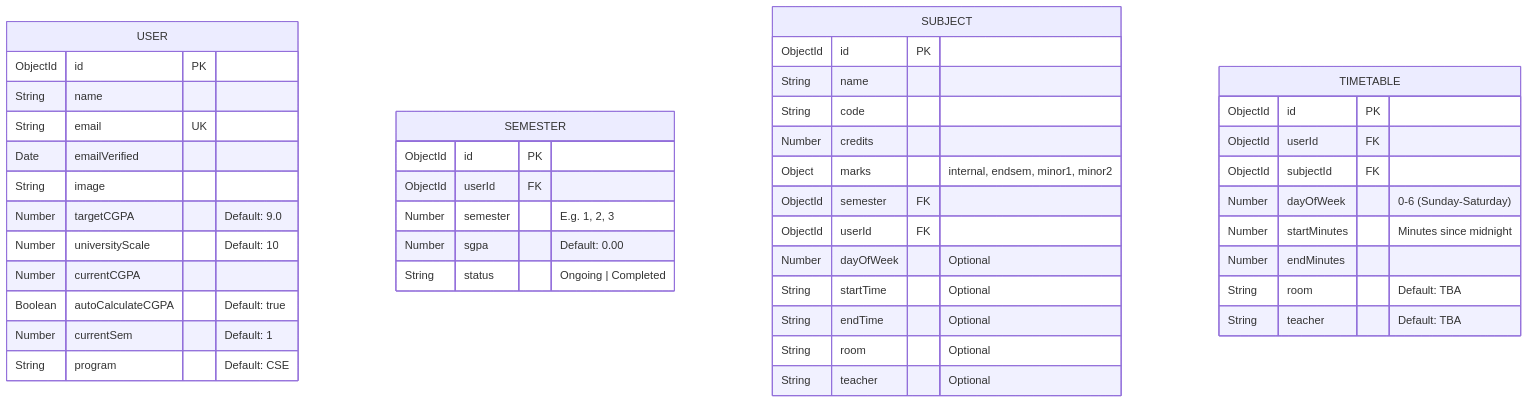
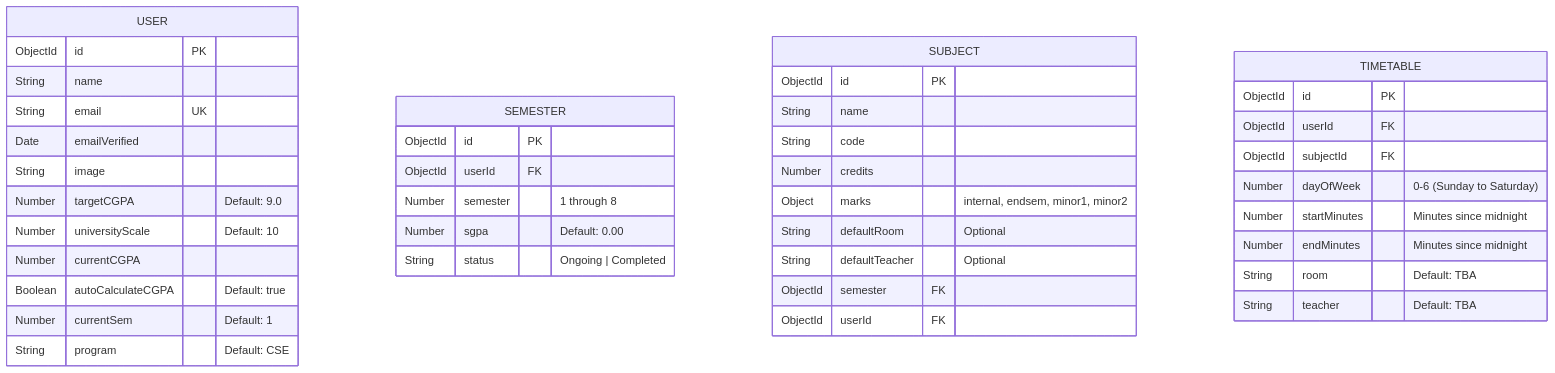
One commit to HimanshuSingh213/Vidyavriksha changed the second of 3 diagrams in Vidyavriksha_Documentation.md. Above: the diagram before and after it, drawn with Mermaid. The commit also changed other lines of this file and 12 other files, not shown here.

````diff
--- a/Vidyavriksha_Documentation.md
+++ b/Vidyavriksha_Documentation.md
@@ -77,47 +79,44 @@
 ```mermaid
 erDiagram
     USER {
         ObjectId id PK
         String name
         String email UK
         Date emailVerified
         String image
         Number targetCGPA "Default: 9.0"
         Number universityScale "Default: 10"
         Number currentCGPA
         Boolean autoCalculateCGPA "Default: true"
         Number currentSem "Default: 1"
         String program "Default: CSE"
     }
     SEMESTER {
         ObjectId id PK
         ObjectId userId FK
-        Number semester "E.g. 1, 2, 3"
+        Number semester "1 through 8"
         Number sgpa "Default: 0.00"
         String status "Ongoing | Completed"
     }
     SUBJECT {
         ObjectId id PK
         String name
         String code
         Number credits
         Object marks "internal, endsem, minor1, minor2"
+        String defaultRoom "Optional"
+        String defaultTeacher "Optional"
         ObjectId semester FK
         ObjectId userId FK
-        Number dayOfWeek "Optional"
-        String startTime "Optional"
-        String endTime "Optional"
-        String room "Optional"
-        String teacher "Optional"
     }
     TIMETABLE {
         ObjectId id PK
         ObjectId userId FK
         ObjectId subjectId FK
-        Number dayOfWeek "0-6 (Sunday-Saturday)"
+        Number dayOfWeek "0-6 (Sunday to Saturday)"
         Number startMinutes "Minutes since midnight"
-        Number endMinutes
+        Number endMinutes "Minutes since midnight"
         String room "Default: TBA"
         String teacher "Default: TBA"
     }
 ```
````
